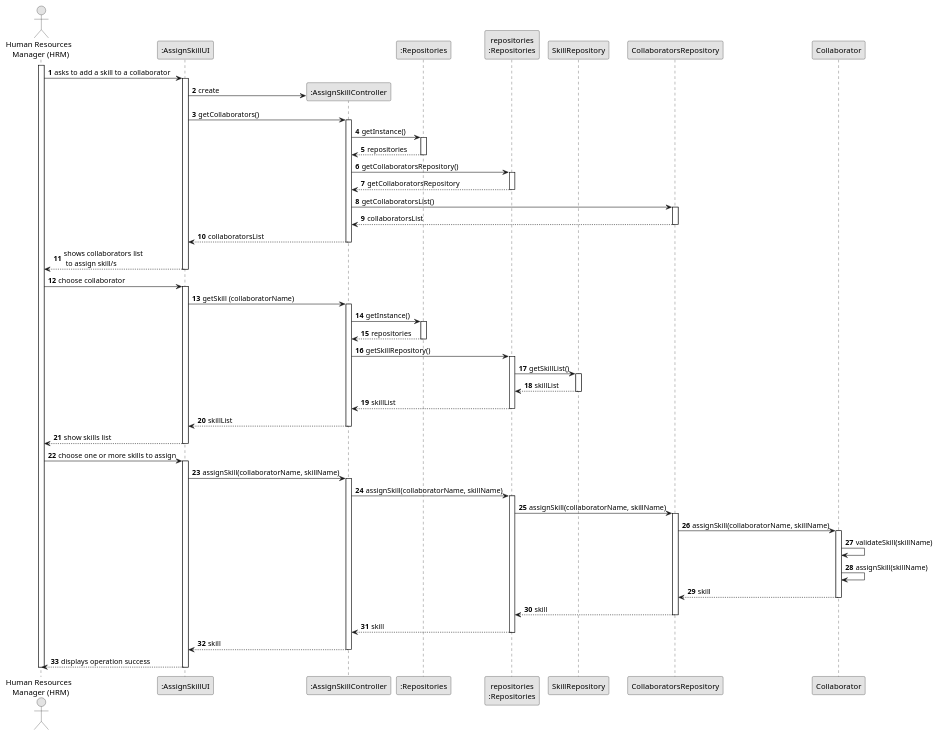
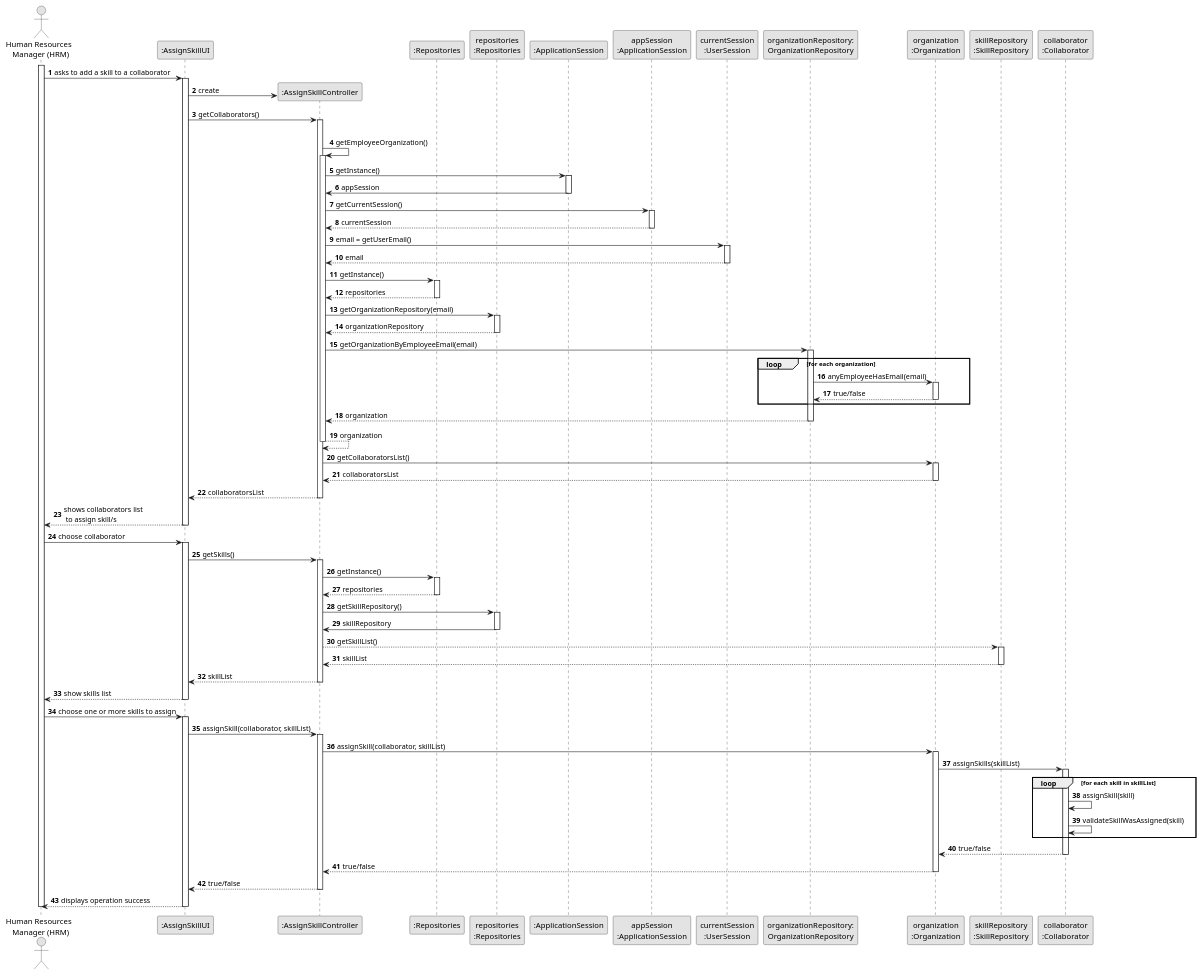
One commit to Departamento-de-Engenharia-Informatica/lei-24-s2-1dkl-g134 changed the diagram in docs/sprintB/us004/03.design/puml/us004-sequence-diagram-full.puml. Above: the diagram before and after it, drawn with PlantUML. The commit also changed 12 other files, not shown here.

```diff
--- a/docs/sprintB/us004/03.design/puml/us004-sequence-diagram-full.puml
+++ b/docs/sprintB/us004/03.design/puml/us004-sequence-diagram-full.puml
@@ -1,121 +1,160 @@
 @startuml
 skinparam monochrome true
 skinparam packageStyle rectangle
 skinparam shadowing false
 
 autonumber
 
 'hide footbox
 actor "Human Resources \n Manager (HRM)" as HRM
 participant ":AssignSkillUI" as UI
 participant ":AssignSkillController" as CTRL
 participant ":Repositories" as RepositorySingleton
 participant "repositories\n:Repositories" as PLAT
-participant "SkillRepository" as SkillRepository
-participant "CollaboratorsRepository" as CollaboratorsRepository
+participant ":ApplicationSession" as _APP
+participant "appSession\n:ApplicationSession" as APP
+participant "currentSession\n:UserSession" as SESSAO
+participant "organizationRepository:\nOrganizationRepository" as OrganizationRepository
+participant "organization\n:Organization" as ORG
+participant "skillRepository\n:SkillRepository" as SkillRepository
+participant "collaborator\n:Collaborator" as COLLAB
 
 activate HRM
 
         HRM -> UI : asks to add a skill to a collaborator
 
         activate UI
 
 
             UI -> CTRL** : create
 
             UI -> CTRL : getCollaborators()
             activate CTRL
 
-                CTRL -> RepositorySingleton : getInstance()
-                activate RepositorySingleton
+                |||
+                CTRL -> CTRL : getEmployeeOrganization()
+                activate CTRL
+
+                    CTRL -> _APP: getInstance()
+                    activate _APP
+                        _APP -> CTRL: appSession
+                    deactivate _APP
+
+
+                    CTRL -> APP: getCurrentSession()
+                    activate APP
+
+                        APP --> CTRL: currentSession
+                    deactivate APP
+
+                    CTRL -> SESSAO: email = getUserEmail()
+                    activate SESSAO
+
+                        SESSAO --> CTRL: email
+                    deactivate SESSAO
+
+                    CTRL -> RepositorySingleton: getInstance()
+                    activate RepositorySingleton
 
                     RepositorySingleton --> CTRL: repositories
-                deactivate RepositorySingleton
+                    deactivate RepositorySingleton
 
-                CTRL -> PLAT : getCollaboratorsRepository()
-                activate PLAT
+                    CTRL -> PLAT: getOrganizationRepository(email)
+                    activate PLAT
 
-                    PLAT --> CTRL: getCollaboratorsRepository
-                deactivate PLAT
+                        PLAT --> CTRL: organizationRepository
+                    deactivate PLAT
 
-                CTRL -> CollaboratorsRepository : getCollaboratorsList()
-                activate CollaboratorsRepository
 
-                    CollaboratorsRepository --> CTRL : collaboratorsList
-                deactivate CollaboratorsRepository
+                    CTRL -> OrganizationRepository: getOrganizationByEmployeeEmail(email)
+                    activate OrganizationRepository
+
+                        loop for each organization
+
+                            OrganizationRepository -> ORG : anyEmployeeHasEmail(email)
+                            activate ORG
+
+                                 ORG --> OrganizationRepository : true/false
+                            deactivate ORG
+                        end
+                        OrganizationRepository --> CTRL : organization
+                    deactivate OrganizationRepository
+
+                    CTRL --> CTRL : organization
+                deactivate CTRL
+
+                CTRL -> ORG: getCollaboratorsList()
+                activate ORG
+
+                ORG --> CTRL: collaboratorsList
+                deactivate ORG
 
                 CTRL --> UI : collaboratorsList
             deactivate CTRL
 
             UI --> HRM : shows collaborators list\n to assign skill/s
         deactivate UI
 
     HRM -> UI : choose collaborator
     activate UI
 
-   UI -> CTRL : getSkill (collaboratorName)
+   UI -> CTRL : getSkills()
            activate CTRL
 
  CTRL -> RepositorySingleton : getInstance()
          activate RepositorySingleton
 
          RepositorySingleton --> CTRL: repositories
          deactivate RepositorySingleton
 
          CTRL -> PLAT : getSkillRepository()
          activate PLAT
 
-         PLAT -> SkillRepository : getSkillList()
+         PLAT -> CTRL : skillRepository
+         deactivate PLAT
+
+         CTRL --> SkillRepository : getSkillList()
          activate SkillRepository
 
-         SkillRepository --> PLAT : skillList
-         deactivate  SkillRepository
-
-         PLAT --> CTRL: skillList
-         deactivate PLAT
+         SkillRepository --> CTRL: skillList
+         deactivate SkillRepository
 
          CTRL --> UI : skillList
          deactivate CTRL
 
          UI --> HRM : show skills list
          deactivate UI
 
          HRM -> UI : choose one or more skills to assign
          activate UI
 
-         UI -> CTRL : assignSkill(collaboratorName, skillName)
+         UI -> CTRL : assignSkill(collaborator, skillList)
          activate CTRL
 
-         CTRL -> PLAT : assignSkill(collaboratorName, skillName)
-         activate PLAT
+         CTRL -> ORG : assignSkill(collaborator, skillList)
+         activate ORG
 
-         PLAT -> CollaboratorsRepository : assignSkill(collaboratorName, skillName)
-         activate CollaboratorsRepository
+         ORG -> COLLAB : assignSkills(skillList)
+         activate COLLAB
 
+         loop for each skill in skillList
+         COLLAB -> COLLAB :assignSkill(skill)
 
-         CollaboratorsRepository -> Collaborator : assignSkill(collaboratorName, skillName)
-         activate Collaborator
+         COLLAB -> COLLAB :validateSkillWasAssigned(skill)
+         end
 
-         Collaborator -> Collaborator : validateSkill(skillName)
+         COLLAB --> ORG : true/false
+         deactivate COLLAB
 
-         Collaborator -> Collaborator :assignSkill(skillName)
+         ORG --> CTRL : true/false
+         deactivate ORG
 
-         Collaborator --> CollaboratorsRepository : skill
-         deactivate Collaborator
-
-
-         CollaboratorsRepository --> PLAT : skill
-         deactivate CollaboratorsRepository
-
-         PLAT --> CTRL : skill
-         deactivate PLAT
-
-         CTRL --> UI : skill
+         CTRL --> UI : true/false
          deactivate CTRL
 
          UI --> HRM : displays operation success
          deactivate UI
 
          deactivate HRM
 
  @enduml
```
